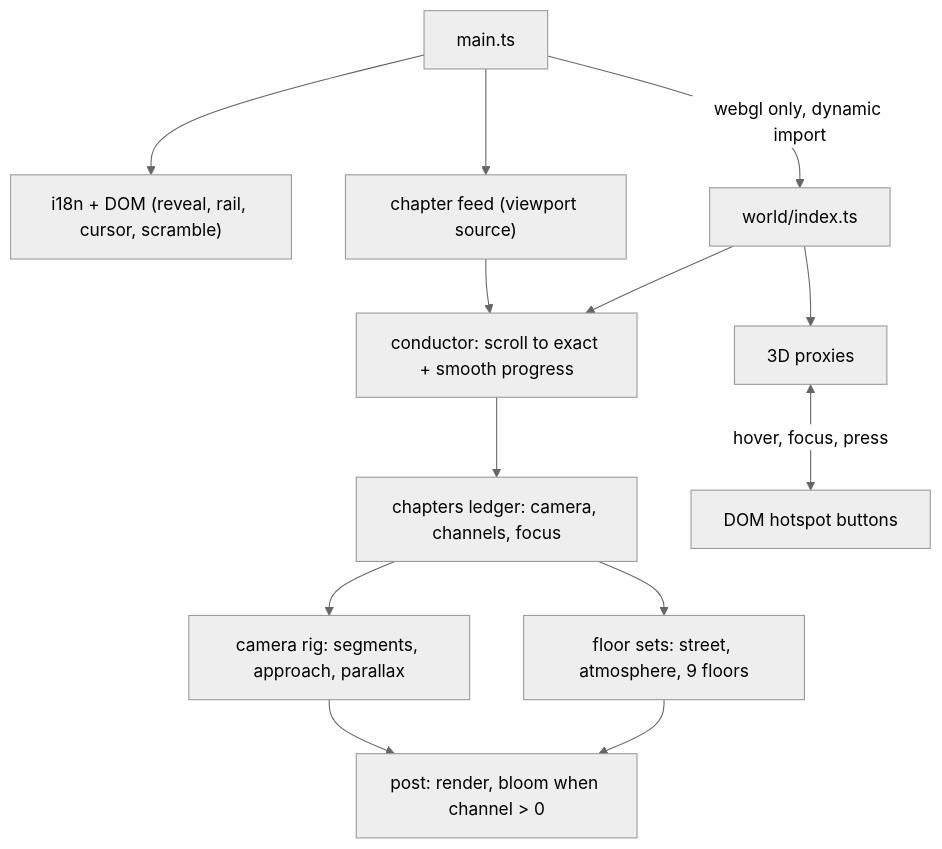
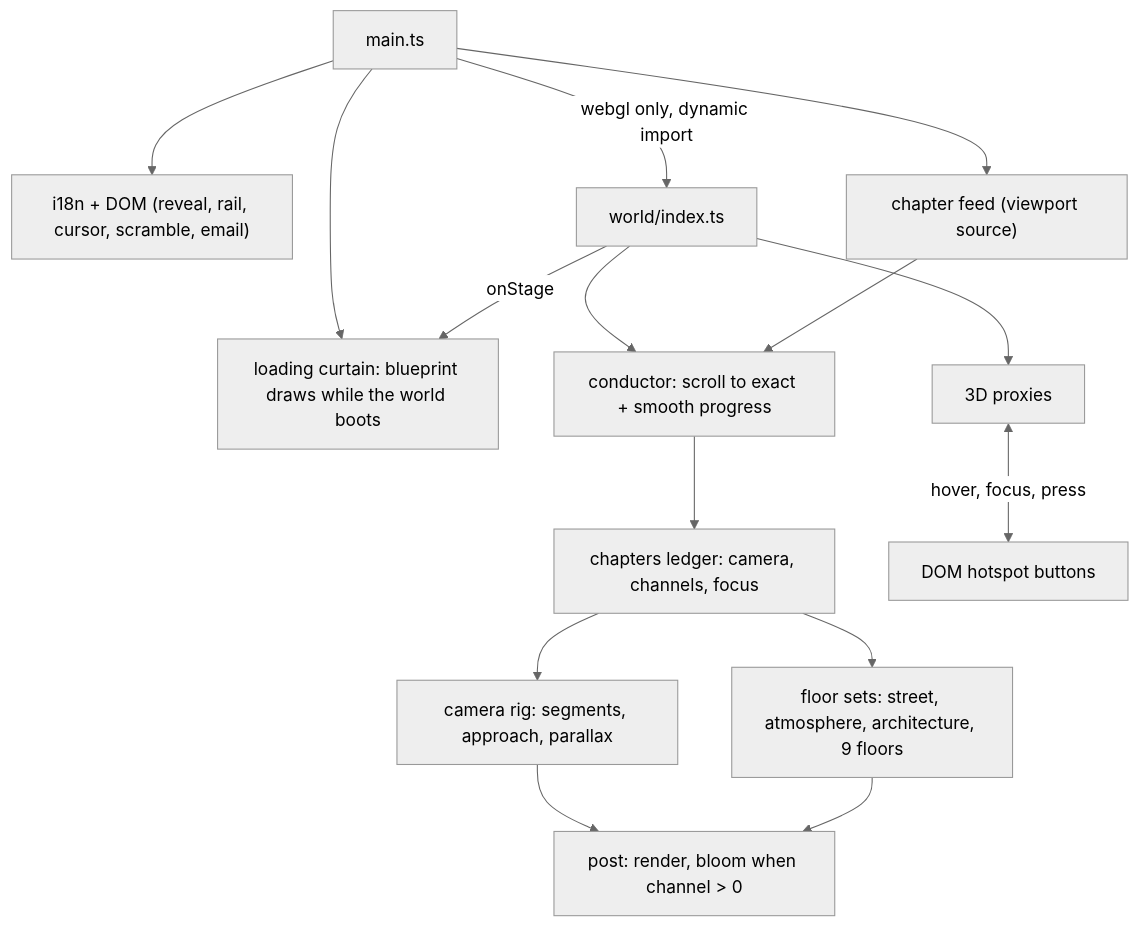
The diagram in README.md (vitoleonardo/vitoleonardo.github.io), drawn with Mermaid (neutral theme) before and after one commit. The commit also changed other lines of this file and 23 other files, not shown here.

First line of the commit message:
Add a blueprint loading curtain and bring the README up to the tower

````diff
--- a/README.md
+++ b/README.md
@@ -17,15 +19,17 @@
 ```mermaid
 flowchart TD
-  main["main.ts"] --> i18n["i18n + DOM (reveal, rail, cursor, scramble)"]
+  main["main.ts"] --> loader["loading curtain: blueprint draws while the world boots"]
+  main --> i18n["i18n + DOM (reveal, rail, cursor, scramble, email)"]
   main --> feed["chapter feed (viewport source)"]
   main -->|"webgl only, dynamic import"| world["world/index.ts"]
+  world -->|"onStage"| loader
   world --> conductor["conductor: scroll to exact + smooth progress"]
   conductor --> ledger["chapters ledger: camera, channels, focus"]
   ledger --> rig["camera rig: segments, approach, parallax"]
-  ledger --> floors["floor sets: street, atmosphere, 9 floors"]
+  ledger --> floors["floor sets: street, atmosphere, architecture, 9 floors"]
   rig --> post["post: render, bloom when channel > 0"]
   floors --> post
   world --> proxies["3D proxies"]
   proxies <-->|"hover, focus, press"| buttons["DOM hotspot buttons"]
   feed --> conductor
 ```
````
